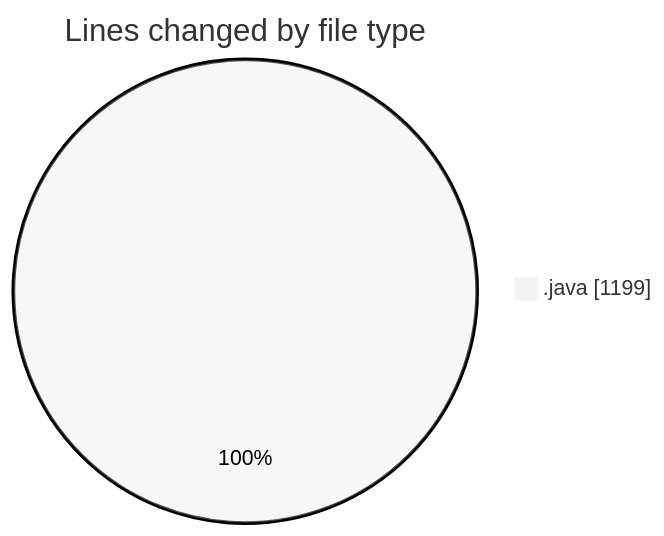
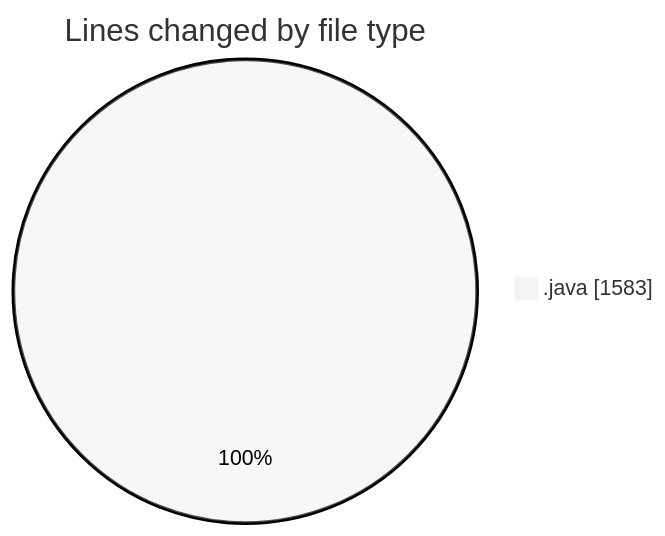
One commit to ricardozamudiocil/code-tracking changed the first of 2 diagrams in 2026-04-13/cilapp/README.md. Above: the diagram before and after it, drawn with Mermaid (neutral theme). The commit also changed other lines of this file and 1 other file, not shown here.

````diff
--- a/2026-04-13/cilapp/README.md
+++ b/2026-04-13/cilapp/README.md
@@ -26,5 +26,5 @@
 ```mermaid
 pie showData
 title Lines changed by file type
-".java" : 1199
+".java" : 1583
 ```
````
